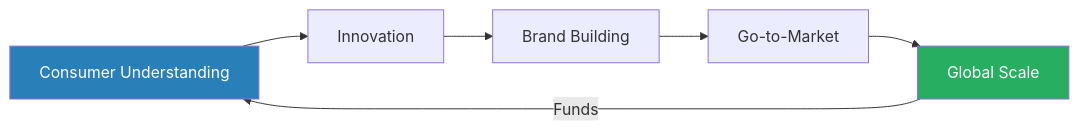
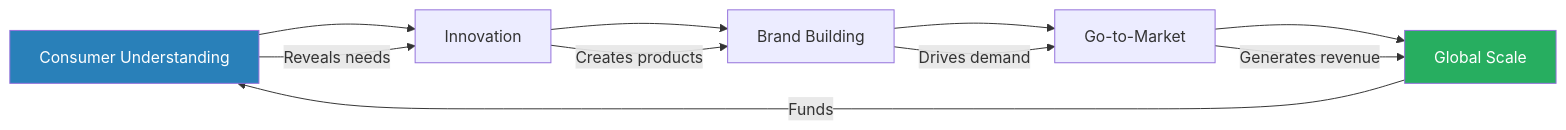
Before and after one commit to alius33/reader: the fourth of 8 diagrams in summaries/Strategy & Systems Thinking/Playing to Win - A.G. Lafley & Roger L. Martin.md, drawn with Mermaid. The commit also changed other lines of this file and 272 other files, not shown here.

````diff
--- a/summaries/Strategy & Systems Thinking/Playing to Win - A.G. Lafley & Roger L. Martin.md
+++ b/summaries/Strategy & Systems Thinking/Playing to Win - A.G. Lafley & Roger L. Martin.md
@@ -372,10 +498,14 @@
 ```mermaid
 flowchart LR
     A[Consumer Understanding] --> B[Innovation]
     B --> C[Brand Building]
     C --> D[Go-to-Market]
     D --> E[Global Scale]
     E -->|Funds| A
+    A -->|Reveals needs| B
+    B -->|Creates products| C
+    C -->|Drives demand| D
+    D -->|Generates revenue| E
     style A fill:#2980b9,color:#fff
     style E fill:#27ae60,color:#fff
 ```
````
